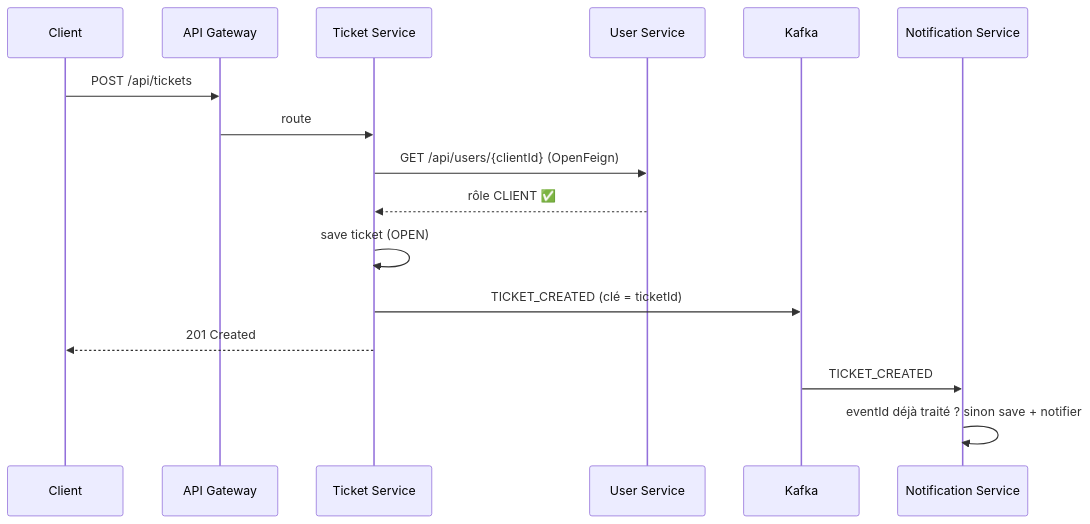
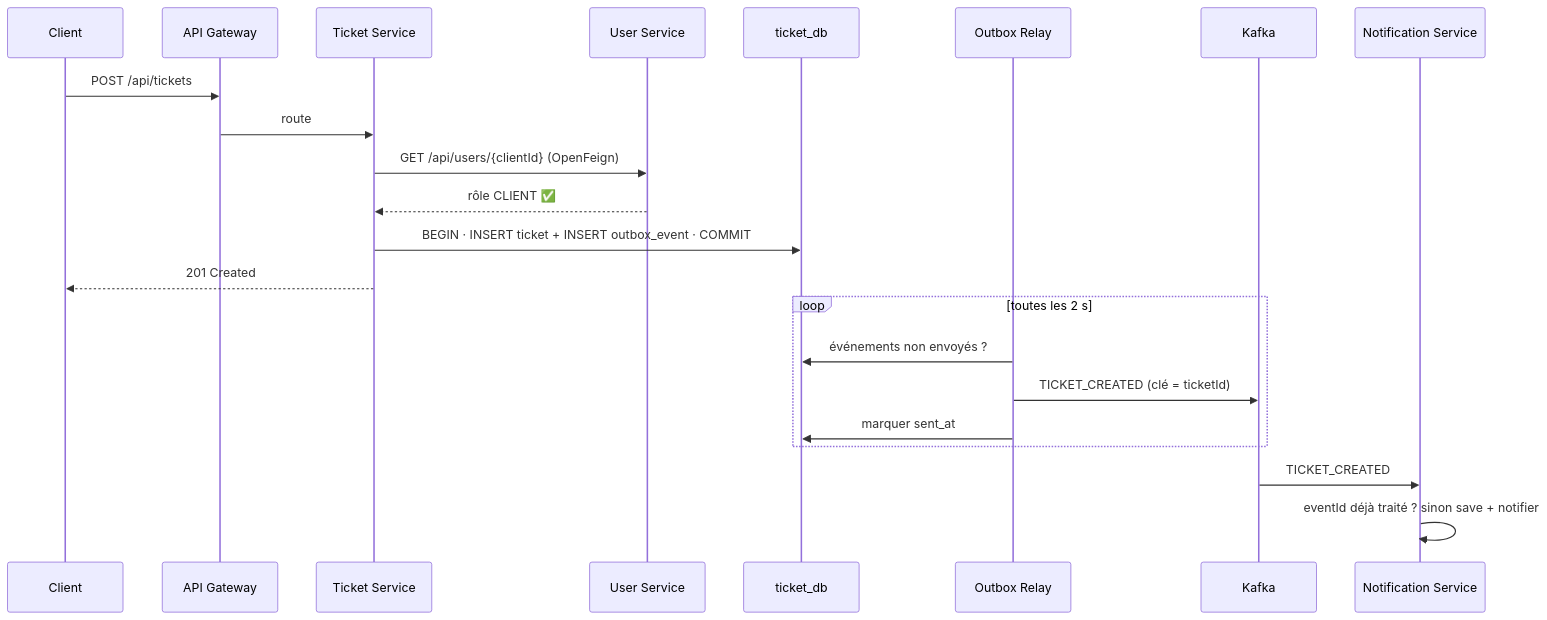
The second of 2 diagrams in README.md (anasxaz/ticketflow), drawn with Mermaid before and after one commit. The commit also changed other lines of this file, not shown here.

````diff
--- a/README.md
+++ b/README.md
@@ -60,19 +61,25 @@
 ```mermaid
 sequenceDiagram
     participant C as Client
     participant GW as API Gateway
     participant TS as Ticket Service
     participant US as User Service
+    participant DB as ticket_db
+    participant R as Outbox Relay
     participant K as Kafka
     participant NS as Notification Service
 
     C->>GW: POST /api/tickets
     GW->>TS: route
     TS->>US: GET /api/users/{clientId} (OpenFeign)
     US-->>TS: rôle CLIENT ✅
-    TS->>TS: save ticket (OPEN)
-    TS->>K: TICKET_CREATED (clé = ticketId)
+    TS->>DB: BEGIN · INSERT ticket + INSERT outbox_event · COMMIT
     TS-->>C: 201 Created
+    loop toutes les 2 s
+        R->>DB: événements non envoyés ?
+        R->>K: TICKET_CREATED (clé = ticketId)
+        R->>DB: marquer sent_at
+    end
     K->>NS: TICKET_CREATED
     NS->>NS: eventId déjà traité ? sinon save + notifier
 ```
````
